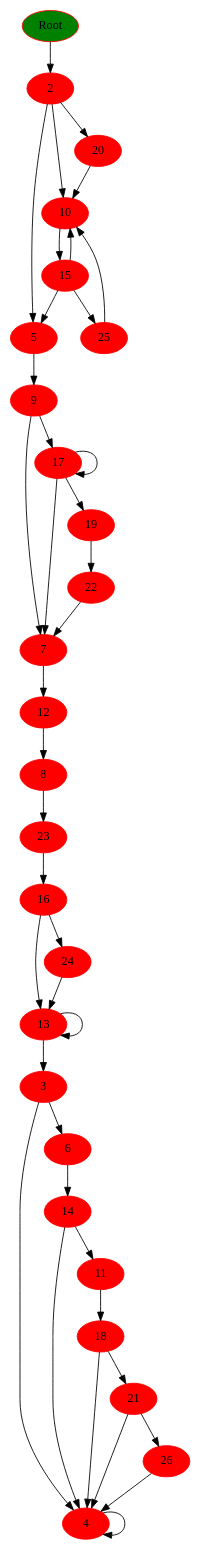
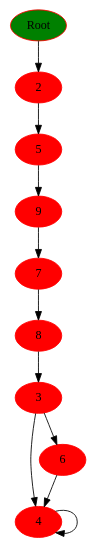
Before and after one commit to Zararest/Dominators: the diagram in bin/Graph.dot, drawn with Graphviz. The commit also changed 4 other files, not shown here.

```diff
--- a/bin/Graph.dot
+++ b/bin/Graph.dot
@@ -1,68 +1,22 @@
 digraph Dump {
 node[color=red,fontsize=14, style=filled]
-"0x55b37f8fc690" [label = "Root" fillcolor=green]
-"0x55b37f8fc690" -> "0x55b37f8fc750"
-"0x55b37f8fc750" [label = "2" ]
-"0x55b37f8fc750" -> "0x55b37f8fcaa0"
-"0x55b37f8fc750" -> "0x55b37f8fd000"
-"0x55b37f8fc750" -> "0x55b37f8fdb50"
-"0x55b37f8fc870" [label = "3" ]
-"0x55b37f8fc870" -> "0x55b37f8fc990"
-"0x55b37f8fc870" -> "0x55b37f8fcbc0"
-"0x55b37f8fc990" [label = "4" ]
-"0x55b37f8fc990" -> "0x55b37f8fc990"
-"0x55b37f8fcaa0" [label = "5" ]
-"0x55b37f8fcaa0" -> "0x55b37f8fcf00"
-"0x55b37f8fcbc0" [label = "6" ]
-"0x55b37f8fcbc0" -> "0x55b37f8fd460"
-"0x55b37f8fcd20" [label = "7" ]
-"0x55b37f8fcd20" -> "0x55b37f8fd240"
-"0x55b37f8fce00" [label = "8" ]
-"0x55b37f8fce00" -> "0x55b37f8fdec0"
-"0x55b37f8fcf00" [label = "9" ]
-"0x55b37f8fcf00" -> "0x55b37f8fcd20"
-"0x55b37f8fcf00" -> "0x55b37f8fd740"
-"0x55b37f8fd000" [label = "10" ]
-"0x55b37f8fd000" -> "0x55b37f8fd540"
-"0x55b37f8fd1b0" [label = "11" ]
-"0x55b37f8fd1b0" -> "0x55b37f8fd860"
-"0x55b37f8fd240" [label = "12" ]
-"0x55b37f8fd240" -> "0x55b37f8fce00"
-"0x55b37f8fd340" [label = "13" ]
-"0x55b37f8fd340" -> "0x55b37f8fc870"
-"0x55b37f8fd340" -> "0x55b37f8fd340"
-"0x55b37f8fd460" [label = "14" ]
-"0x55b37f8fd460" -> "0x55b37f8fc990"
-"0x55b37f8fd460" -> "0x55b37f8fd1b0"
-"0x55b37f8fd540" [label = "15" ]
-"0x55b37f8fd540" -> "0x55b37f8fcaa0"
-"0x55b37f8fd540" -> "0x55b37f8fd000"
-"0x55b37f8fd540" -> "0x55b37f8fe0b0"
-"0x55b37f8fd640" [label = "16" ]
-"0x55b37f8fd640" -> "0x55b37f8fd340"
-"0x55b37f8fd640" -> "0x55b37f8fdfa0"
-"0x55b37f8fd740" [label = "17" ]
-"0x55b37f8fd740" -> "0x55b37f8fcd20"
-"0x55b37f8fd740" -> "0x55b37f8fda50"
-"0x55b37f8fd740" -> "0x55b37f8fd740"
-"0x55b37f8fd860" [label = "18" ]
-"0x55b37f8fd860" -> "0x55b37f8fc990"
-"0x55b37f8fd860" -> "0x55b37f8fdc70"
-"0x55b37f8fda50" [label = "19" ]
-"0x55b37f8fda50" -> "0x55b37f8fdda0"
-"0x55b37f8fdb50" [label = "20" ]
-"0x55b37f8fdb50" -> "0x55b37f8fd000"
-"0x55b37f8fdc70" [label = "21" ]
-"0x55b37f8fdc70" -> "0x55b37f8fc990"
-"0x55b37f8fdc70" -> "0x55b37f8fe1a0"
-"0x55b37f8fdda0" [label = "22" ]
-"0x55b37f8fdda0" -> "0x55b37f8fcd20"
-"0x55b37f8fdec0" [label = "23" ]
-"0x55b37f8fdec0" -> "0x55b37f8fd640"
-"0x55b37f8fdfa0" [label = "24" ]
-"0x55b37f8fdfa0" -> "0x55b37f8fd340"
-"0x55b37f8fe0b0" [label = "25" ]
-"0x55b37f8fe0b0" -> "0x55b37f8fd000"
-"0x55b37f8fe1a0" [label = "26" ]
-"0x55b37f8fe1a0" -> "0x55b37f8fc990"
+"0x55666d5be880" [label = "Root" fillcolor=green]
+"0x55666d5be880" -> "0x55666d5be940"
+"0x55666d5be940" [label = "2" ]
+"0x55666d5be940" -> "0x55666d5bec90"
+"0x55666d5bea60" [label = "3" ]
+"0x55666d5bea60" -> "0x55666d5beb80"
+"0x55666d5bea60" -> "0x55666d5bedb0"
+"0x55666d5beb80" [label = "4" ]
+"0x55666d5beb80" -> "0x55666d5beb80"
+"0x55666d5bec90" [label = "5" ]
+"0x55666d5bec90" -> "0x55666d5bf0f0"
+"0x55666d5bedb0" [label = "6" ]
+"0x55666d5bedb0" -> "0x55666d5beb80"
+"0x55666d5bef10" [label = "7" ]
+"0x55666d5bef10" -> "0x55666d5beff0"
+"0x55666d5beff0" [label = "8" ]
+"0x55666d5beff0" -> "0x55666d5bea60"
+"0x55666d5bf0f0" [label = "9" ]
+"0x55666d5bf0f0" -> "0x55666d5bef10"
 }
```
